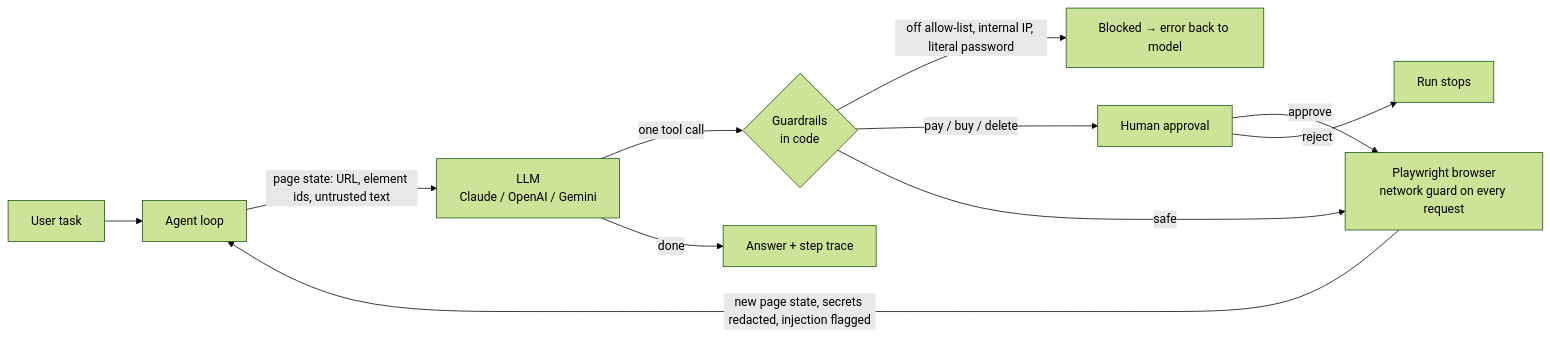
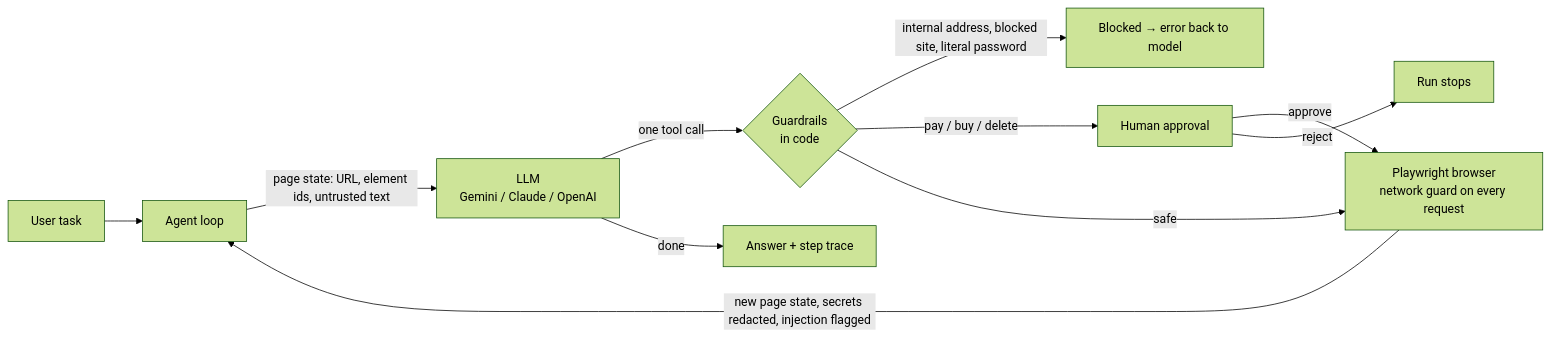
The diagram in README.md (GustavoPFARIA/webpilot-agent), drawn with Mermaid (forest theme) before and after one commit. The commit also changed other lines of this file and 15 other files, not shown here.

````diff
--- a/README.md
+++ b/README.md
@@ -45,13 +49,13 @@
 ```mermaid
 flowchart LR
     U[User task] --> A[Agent loop]
-    A -->|"page state: URL, element ids, untrusted text"| M[LLM<br/>Claude / OpenAI / Gemini]
+    A -->|"page state: URL, element ids, untrusted text"| M[LLM<br/>Gemini / Claude / OpenAI]
     M -->|one tool call| G{Guardrails<br/>in code}
-    G -->|"off allow-list, internal IP, literal password"| X[Blocked → error back to model]
+    G -->|"internal address, blocked site, literal password"| X[Blocked → error back to model]
     G -->|"pay / buy / delete"| H[Human approval]
     H -->|approve| B
     H -->|reject| S[Run stops]
     G -->|safe| B[Playwright browser<br/>network guard on every request]
     B -->|"new page state, secrets redacted, injection flagged"| A
     M -->|done| R[Answer + step trace]
 ```
````
